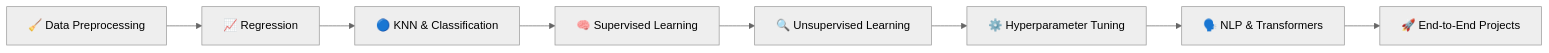
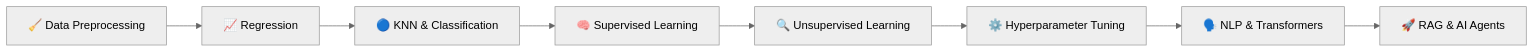
One commit to nihalpujari/nihalpujari changed the diagram in README.md. Above: the diagram before and after it, drawn with Mermaid (neutral theme). The commit also changed other lines of this file, not shown here.

First line of the commit message:
Revise README with new projects and learning focus

````diff
--- a/README.md
+++ b/README.md
@@ -36,10 +57,10 @@
 ```mermaid
 flowchart LR
     A[🧹 Data Preprocessing] --> B[📈 Regression]
     B --> C[🔵 KNN & Classification]
     C --> D[🧠 Supervised Learning]
     D --> E[🔍 Unsupervised Learning]
     E --> F[⚙️ Hyperparameter Tuning]
     F --> G[🗣️ NLP & Transformers]
-    G --> H[🚀 End-to-End Projects]
+    G --> H[🚀 RAG & AI Agents]
 ```
````
